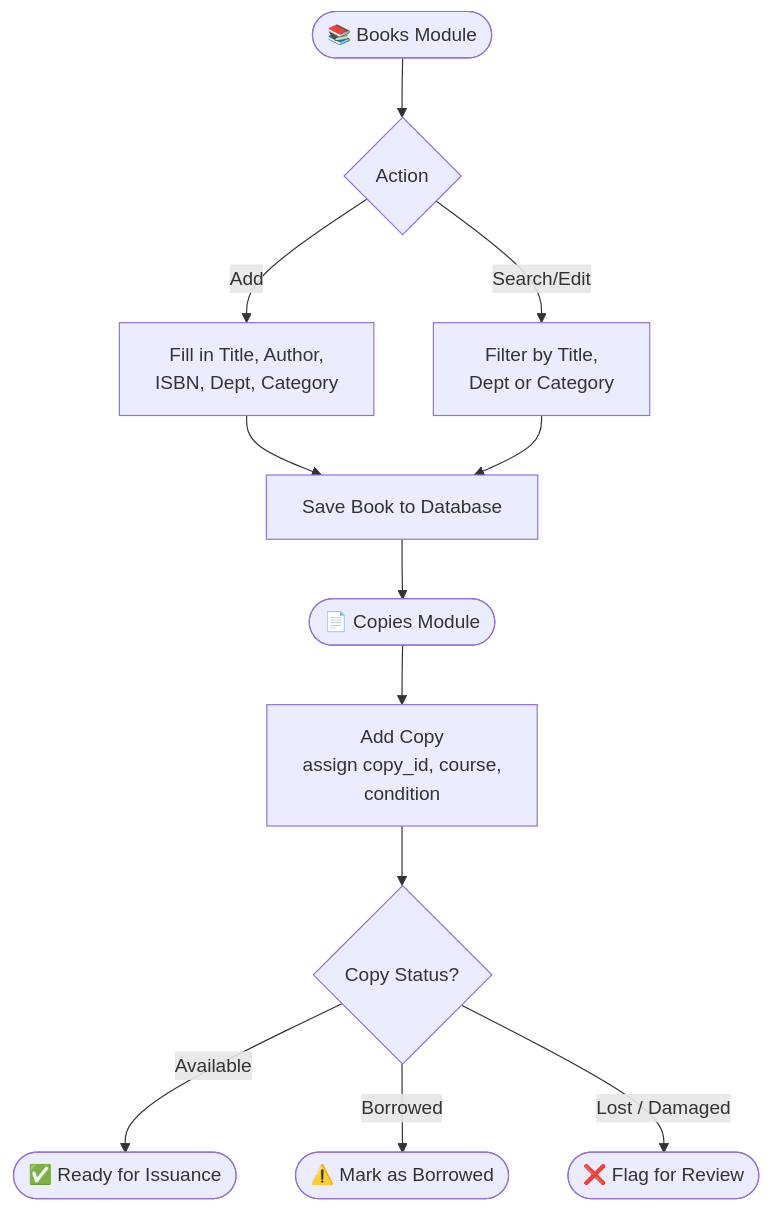
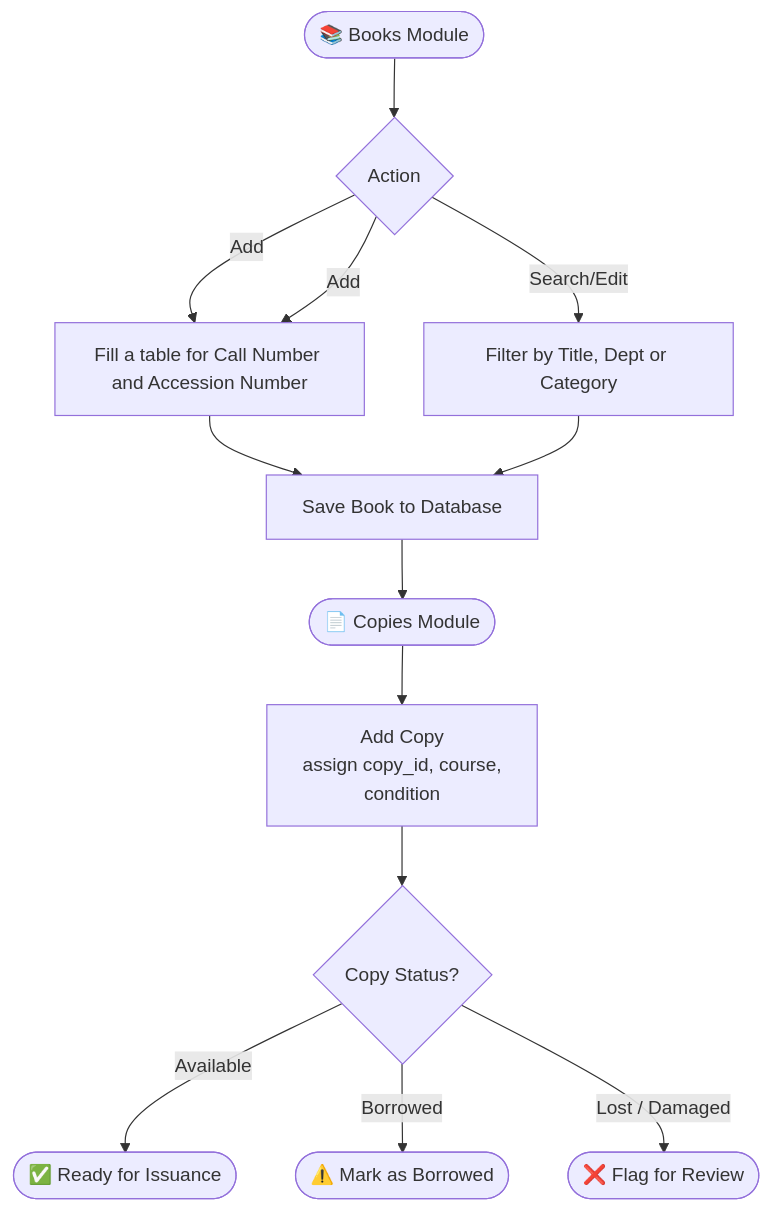
The second of 8 diagrams in Flowchart.md (ErickGaceta/BaguioCentralUniversity_LibraryManagementSystem), drawn with Mermaid before and after one commit.

````diff
--- a/Flowchart.md
+++ b/Flowchart.md
@@ -29,15 +29,16 @@
 ```mermaid
 flowchart TD
     A([📚 Books Module]) --> B{Action}
-    B -->|Add| C[Fill in Title, Author,\nISBN, Dept, Category]
-    B -->|Search/Edit| D[Filter by Title,\nDept or Category]
+    B -->|Add| C[Fill in Title, Author, ISBN, Dept, Category, Copies]
+    B -->|Add| C[Fill a table for Call Number and Accession Number]
+    B -->|Search/Edit| D[Filter by Title, Dept or Category]
     C --> E[Save Book to Database]
     D --> E
 
     E --> F([📄 Copies Module])
     F --> G[Add Copy\nassign copy_id, course,\ncondition]
     G --> H{Copy Status?}
     H -->|Available| I([✅ Ready for Issuance])
     H -->|Borrowed| J([⚠️ Mark as Borrowed])
     H -->|Lost / Damaged| K([❌ Flag for Review])
 ```
````
